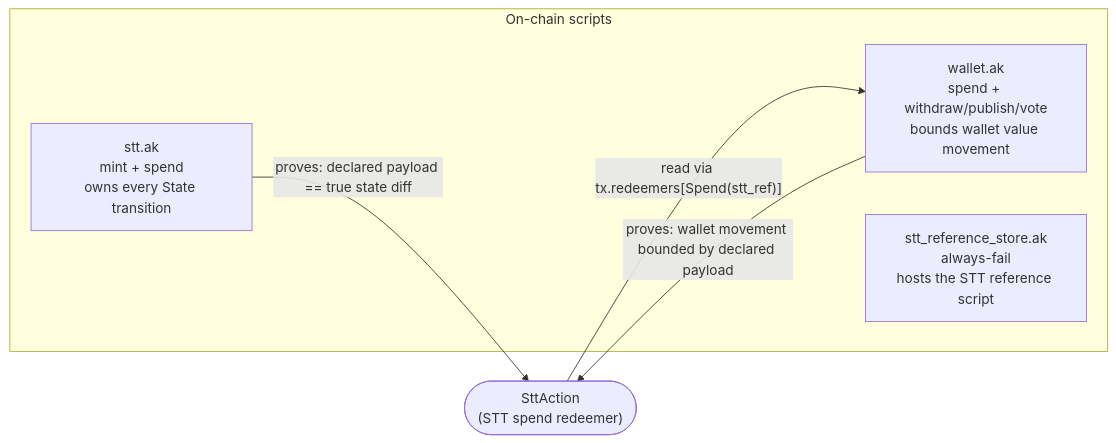
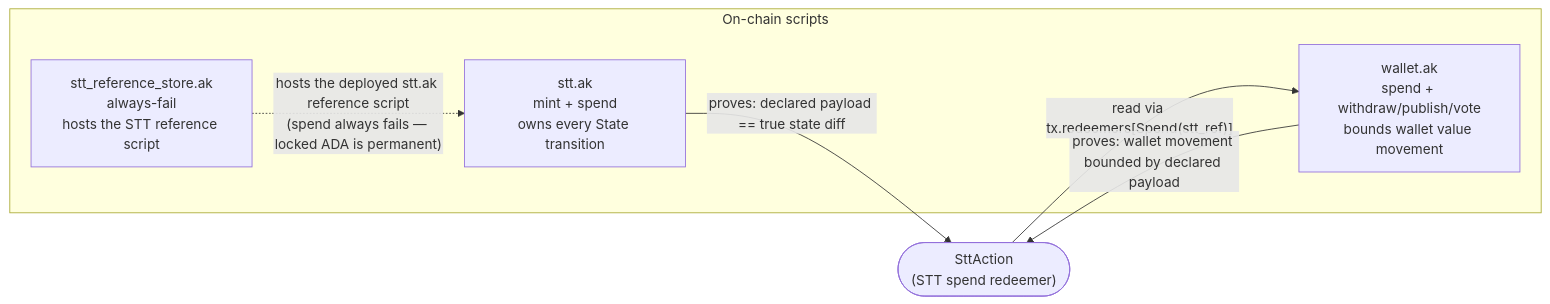
One commit to schaier-io/epora-wallet changed the first of 5 diagrams in code/smart-contract/INTERACTIONS.md. Above: the diagram before and after it, drawn with Mermaid. The commit also changed other lines of this file and 72 other files, not shown here.

````diff
--- a/code/smart-contract/INTERACTIONS.md
+++ b/code/smart-contract/INTERACTIONS.md
@@ -20,12 +20,13 @@
 ```mermaid
 flowchart LR
   subgraph onchain["On-chain scripts"]
     STT["stt.ak<br/>mint + spend<br/>owns every State transition"]
     WAL["wallet.ak<br/>spend + withdraw/publish/vote<br/>bounds wallet value movement"]
     REF["stt_reference_store.ak<br/>always-fail<br/>hosts the STT reference script"]
   end
   RED(["SttAction<br/>(STT spend redeemer)"])
   STT -- "proves: declared payload == true state diff" --> RED
   RED -- "read via tx.redeemers[Spend(stt_ref)]" --> WAL
   WAL -- "proves: wallet movement bounded by declared payload" --> RED
+  REF -. "hosts the deployed stt.ak reference script<br/>(spend always fails — locked ADA is permanent)" .-> STT
 ```
````
